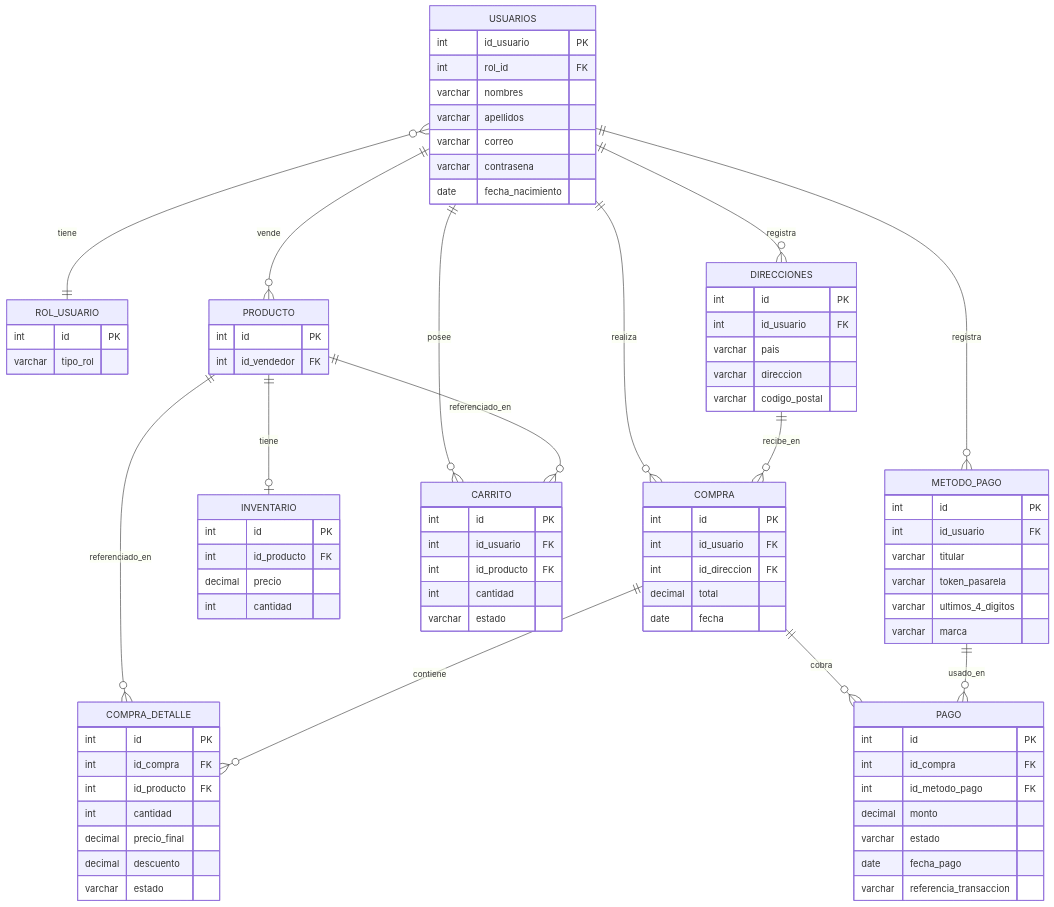
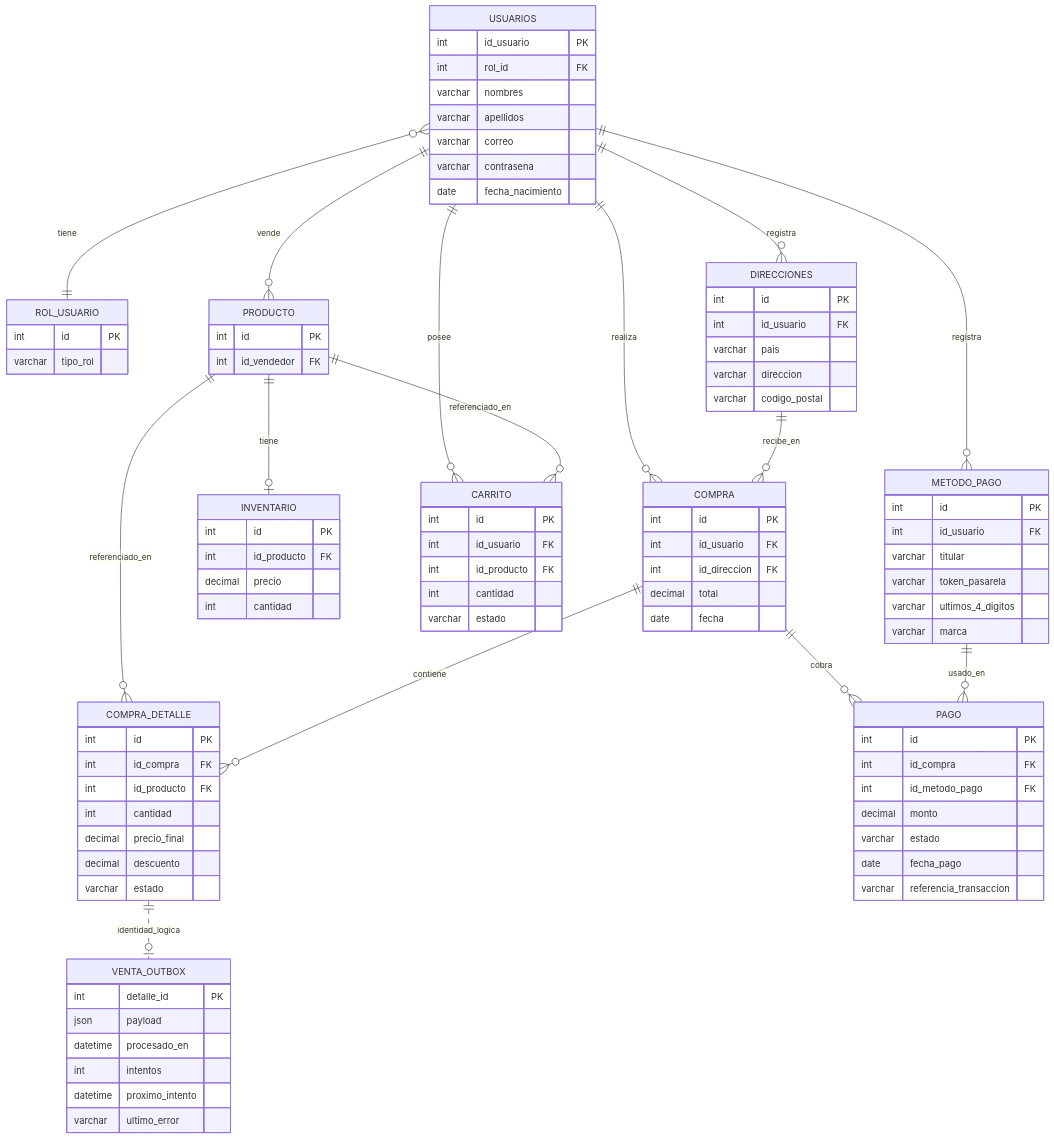
The second of 2 diagrams in IA/ERD-ARQUITECTURA-POLIGLOTA.md (VidStal12/Base_de_Datos_2_P), drawn with Mermaid before and after one commit. The commit also changed other lines of this file and 29 other files, not shown here.

````diff
--- a/IA/ERD-ARQUITECTURA-POLIGLOTA.md
+++ b/IA/ERD-ARQUITECTURA-POLIGLOTA.md
@@ -149,6 +173,14 @@
         date fecha_pago
         varchar referencia_transaccion
     }
+    VENTA_OUTBOX {
+        int detalle_id PK
+        json payload
+        datetime procesado_en
+        int intentos
+        datetime proximo_intento
+        varchar ultimo_error
+    }
 
     USUARIOS }o--|| ROL_USUARIO : tiene
     USUARIOS ||--o{ DIRECCIONES : registra
@@ -163,4 +195,5 @@
     COMPRA ||--o{ COMPRA_DETALLE : contiene
     COMPRA ||--o{ PAGO : cobra
     METODO_PAGO ||--o{ PAGO : usado_en
+    COMPRA_DETALLE ||..o| VENTA_OUTBOX : identidad_logica
 ```
````
